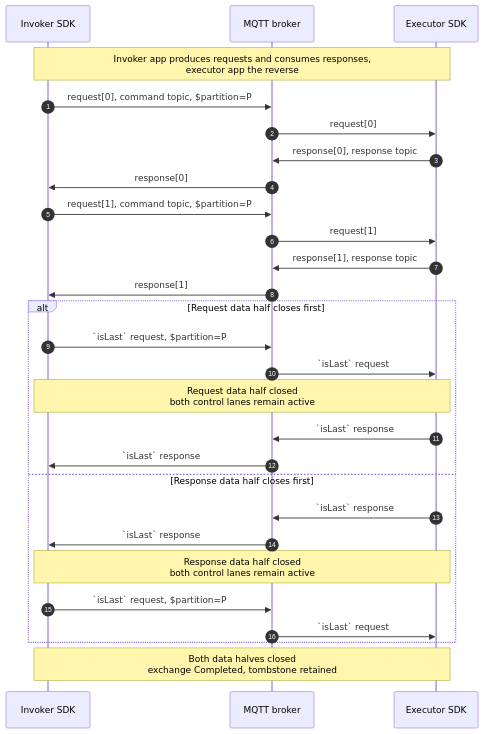
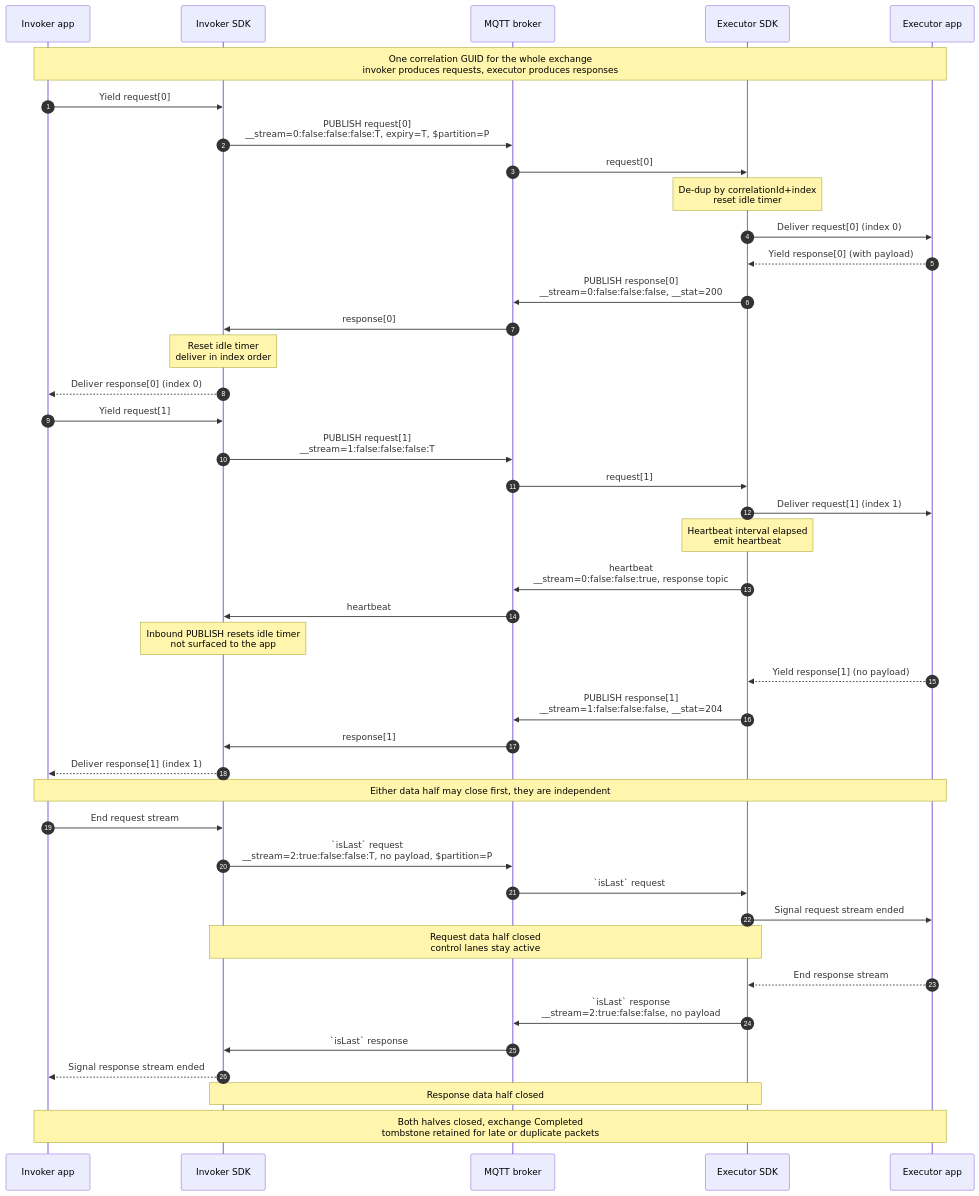
One commit to Azure/iot-operations-sdks changed the third of 9 diagrams in doc/dev/adr/0025-rpc-streaming-lifecycle-diagrams.md. Above: the diagram before and after it, drawn with Mermaid. The commit also changed other lines of this file, not shown here.

Commit message:
ADR 25 diagrams: redesign shared lifecycle, enrich normal exchange, fix timeout redelivery
Rewrite section 1 as one role-agnostic produce/consume state machine; enrich section 3 with indexes, the __stream header, __stat 200/204, a heartbeat, and de-dup; restore the lost-PUBACK cause behind the QoS 1 redelivery in section 4.

````diff
--- a/doc/dev/adr/0025-rpc-streaming-lifecycle-diagrams.md
+++ b/doc/dev/adr/0025-rpc-streaming-lifecycle-diagrams.md
@@ -84,34 +88,54 @@
 ```mermaid
 sequenceDiagram
     autonumber
+    participant IA as Invoker app
     participant IS as Invoker SDK
     participant B as MQTT broker
     participant ES as Executor SDK
+    participant EA as Executor app
 
-    Note over IS,ES: Invoker app produces requests and consumes responses,<br/>executor app the reverse
+    Note over IA,EA: One correlation GUID for the whole exchange<br/>invoker produces requests, executor produces responses
 
-    IS->>B: request[0], command topic, $partition=P
+    IA->>IS: Yield request[0]
+    IS->>B: PUBLISH request[0]<br/>__stream=0:false:false:false:T, expiry=T, $partition=P
     B->>ES: request[0]
-    ES->>B: response[0], response topic
+    Note over ES: De-dup by correlationId+index<br/>reset idle timer
+    ES->>EA: Deliver request[0] (index 0)
+
+    EA-->>ES: Yield response[0] (with payload)
+    ES->>B: PUBLISH response[0]<br/>__stream=0:false:false:false, __stat=200
     B->>IS: response[0]
-    IS->>B: request[1], command topic, $partition=P
+    Note over IS: Reset idle timer<br/>deliver in index order
+    IS-->>IA: Deliver response[0] (index 0)
+
+    IA->>IS: Yield request[1]
+    IS->>B: PUBLISH request[1]<br/>__stream=1:false:false:false:T
     B->>ES: request[1]
-    ES->>B: response[1], response topic
+    ES->>EA: Deliver request[1] (index 1)
+
+    Note over ES: Heartbeat interval elapsed<br/>emit heartbeat
+    ES->>B: heartbeat<br/>__stream=0:false:false:true, response topic
+    B->>IS: heartbeat
+    Note over IS: Inbound PUBLISH resets idle timer<br/>not surfaced to the app
+
+    EA-->>ES: Yield response[1] (no payload)
+    ES->>B: PUBLISH response[1]<br/>__stream=1:false:false:false, __stat=204
     B->>IS: response[1]
+    IS-->>IA: Deliver response[1] (index 1)
 
-    alt Request data half closes first
-        IS->>B: `isLast` request, $partition=P
-        B->>ES: `isLast` request
-        Note over IS,ES: Request data half closed<br/>both control lanes remain active
-        ES->>B: `isLast` response
-        B->>IS: `isLast` response
-    else Response data half closes first
-        ES->>B: `isLast` response
-        B->>IS: `isLast` response
-        Note over IS,ES: Response data half closed<br/>both control lanes remain active
-        IS->>B: `isLast` request, $partition=P
-        B->>ES: `isLast` request
-    end
+    Note over IA,EA: Either data half may close first, they are independent
 
-    Note over IS,ES: Both data halves closed<br/>exchange Completed, tombstone retained
+    IA->>IS: End request stream
+    IS->>B: `isLast` request<br/>__stream=2:true:false:false:T, no payload, $partition=P
+    B->>ES: `isLast` request
+    ES->>EA: Signal request stream ended
+    Note over IS,ES: Request data half closed<br/>control lanes stay active
+
+    EA-->>ES: End response stream
+    ES->>B: `isLast` response<br/>__stream=2:true:false:false, no payload
+    B->>IS: `isLast` response
+    IS-->>IA: Signal response stream ended
+    Note over IS,ES: Response data half closed
+
+    Note over IA,EA: Both halves closed, exchange Completed<br/>tombstone retained for late or duplicate packets
 ```
````
